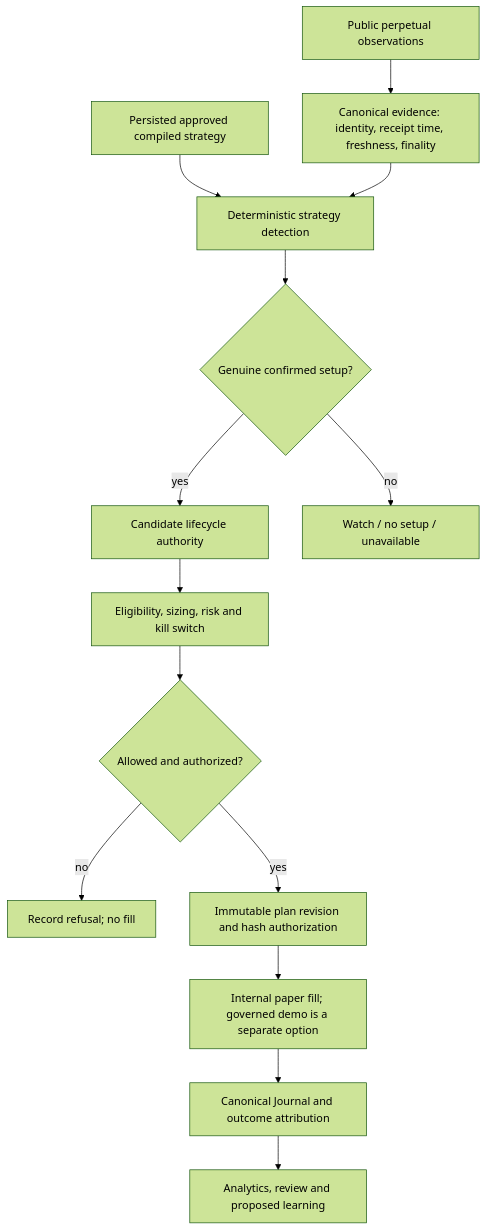
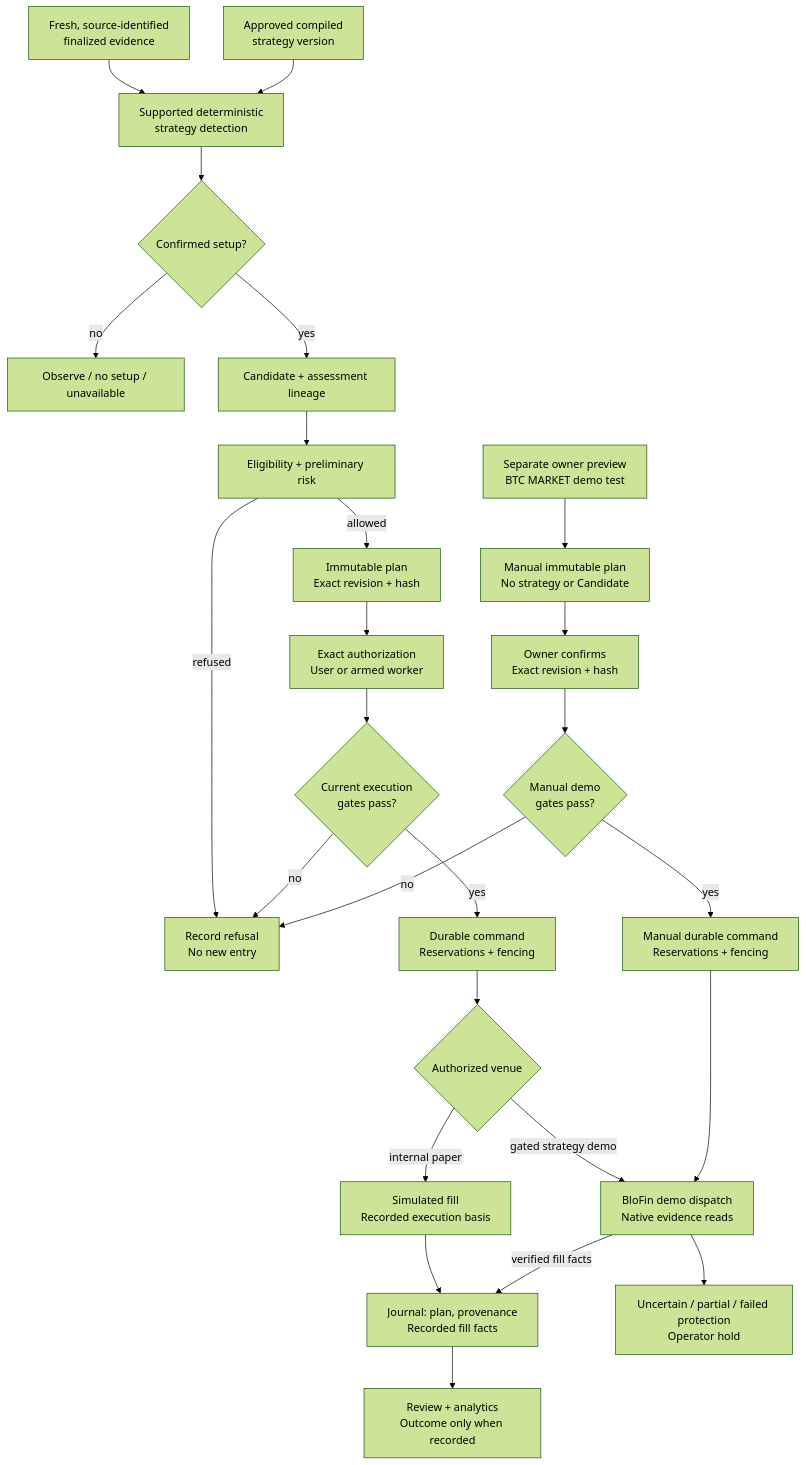
One commit to Fejjii/AlphaTrade-AI changed the second of 4 diagrams in docs/architecture.md. Above: the diagram before and after it, drawn with Mermaid (forest theme). The commit also changed other lines of this file and 34 other files, not shown here.

````diff
--- a/docs/architecture.md
+++ b/docs/architecture.md
@@ -42,16 +50,28 @@
 ```mermaid
 flowchart TD
-  Public["Public perpetual observations"] --> Evidence["Canonical evidence: identity, receipt time, freshness, finality"]
-  Policy["Persisted approved compiled strategy"] --> Detect["Deterministic strategy detection"]
-  Evidence --> Detect
-  Detect --> Confirmed{"Genuine confirmed setup?"}
-  Confirmed -->|yes| Candidate["Candidate lifecycle authority"]
-  Confirmed -->|no| Observe["Watch / no setup / unavailable"]
-  Candidate --> Risk["Eligibility, sizing, risk and kill switch"]
-  Risk --> Allowed{"Allowed and authorized?"}
-  Allowed -->|no| Blocked["Record refusal; no fill"]
-  Allowed -->|yes| Plan["Immutable plan revision and hash authorization"]
-  Plan --> Fill["Internal paper fill; governed demo is a separate option"]
-  Fill --> Journal["Canonical Journal and outcome attribution"]
-  Journal --> Review["Analytics, review and proposed learning"]
+  Evidence["Fresh, source-identified<br/>finalized evidence"] --> Detect["Supported deterministic<br/>strategy detection"]
+  Strategy["Approved compiled<br/>strategy version"] --> Detect
+  Detect --> Setup{"Confirmed setup?"}
+  Setup -->|no| Observe["Observe / no setup / unavailable"]
+  Setup -->|yes| Candidate["Candidate + assessment lineage"]
+  Candidate --> Eligibility["Eligibility + preliminary risk"]
+  Eligibility -->|allowed| Plan["Immutable plan<br/>Exact revision + hash"]
+  Eligibility -->|refused| Refused["Record refusal<br/>No new entry"]
+  Plan --> Authority["Exact authorization<br/>User or armed worker"]
+  Authority --> Gates{"Current execution<br/>gates pass?"}
+  Gates -->|no| Refused
+  Gates -->|yes| Command["Durable command<br/>Reservations + fencing"]
+  Command --> Venue{"Authorized venue"}
+  Venue -->|internal paper| Sim["Simulated fill<br/>Recorded execution basis"]
+  Venue -->|gated strategy demo| Native["BloFin demo dispatch<br/>Native evidence reads"]
+  Manual["Separate owner preview<br/>BTC MARKET demo test"] --> ManualPlan["Manual immutable plan<br/>No strategy or Candidate"]
+  ManualPlan --> Owner["Owner confirms<br/>Exact revision + hash"]
+  Owner --> ManualGates{"Manual demo<br/>gates pass?"}
+  ManualGates -->|no| Refused
+  ManualGates -->|yes| ManualCommand["Manual durable command<br/>Reservations + fencing"]
+  ManualCommand --> Native
+  Sim --> Journal["Journal: plan, provenance<br/>Recorded fill facts"]
+  Native -->|verified fill facts| Journal
+  Native --> Hold["Uncertain / partial / failed protection<br/>Operator hold"]
+  Journal --> Review["Review + analytics<br/>Outcome only when recorded"]
 ```
````
